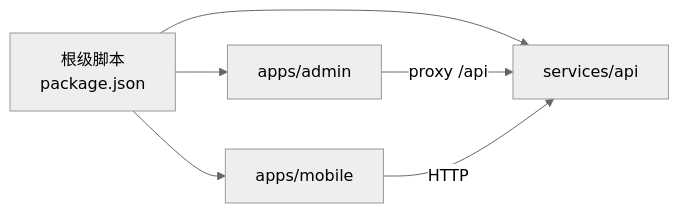
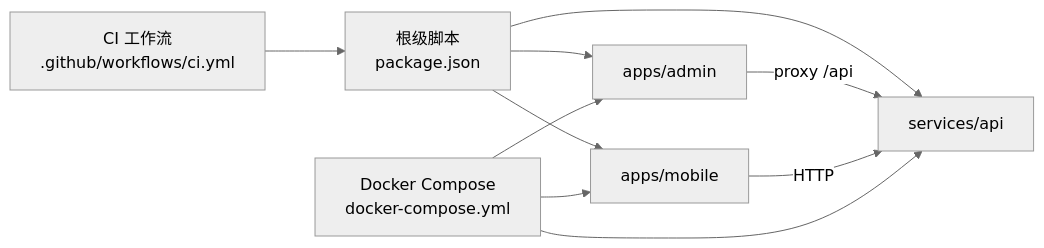
One commit to huoqingzhu446/fortune-hub changed the third of 3 diagrams in .qoder/repowiki/zh/content/开发规范.md. Above: the diagram before and after it, drawn with Mermaid (neutral theme). The commit also changed other lines of this file and 6 other files, not shown here.

````diff
--- a/.qoder/repowiki/zh/content/开发规范.md
+++ b/.qoder/repowiki/zh/content/开发规范.md
@@ -205,8 +230,12 @@
 ```mermaid
 graph LR
 Root["根级脚本<br/>package.json"] --> Admin["apps/admin"]
 Root --> Mobile["apps/mobile"]
 Root --> Api["services/api"]
 Admin --> |"proxy /api"| Api
 Mobile --> |"HTTP"| Api
+CI["CI 工作流<br/>.github/workflows/ci.yml"] --> Root
+DC["Docker Compose<br/>docker-compose.yml"] --> Api
+DC --> Admin
+DC --> Mobile
 ```
````
